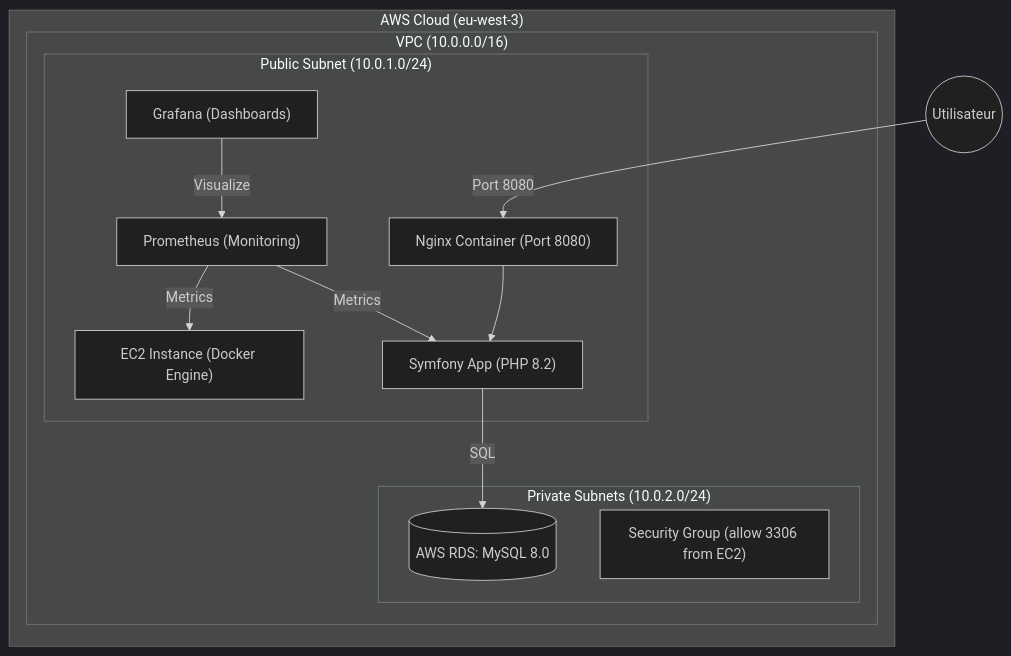
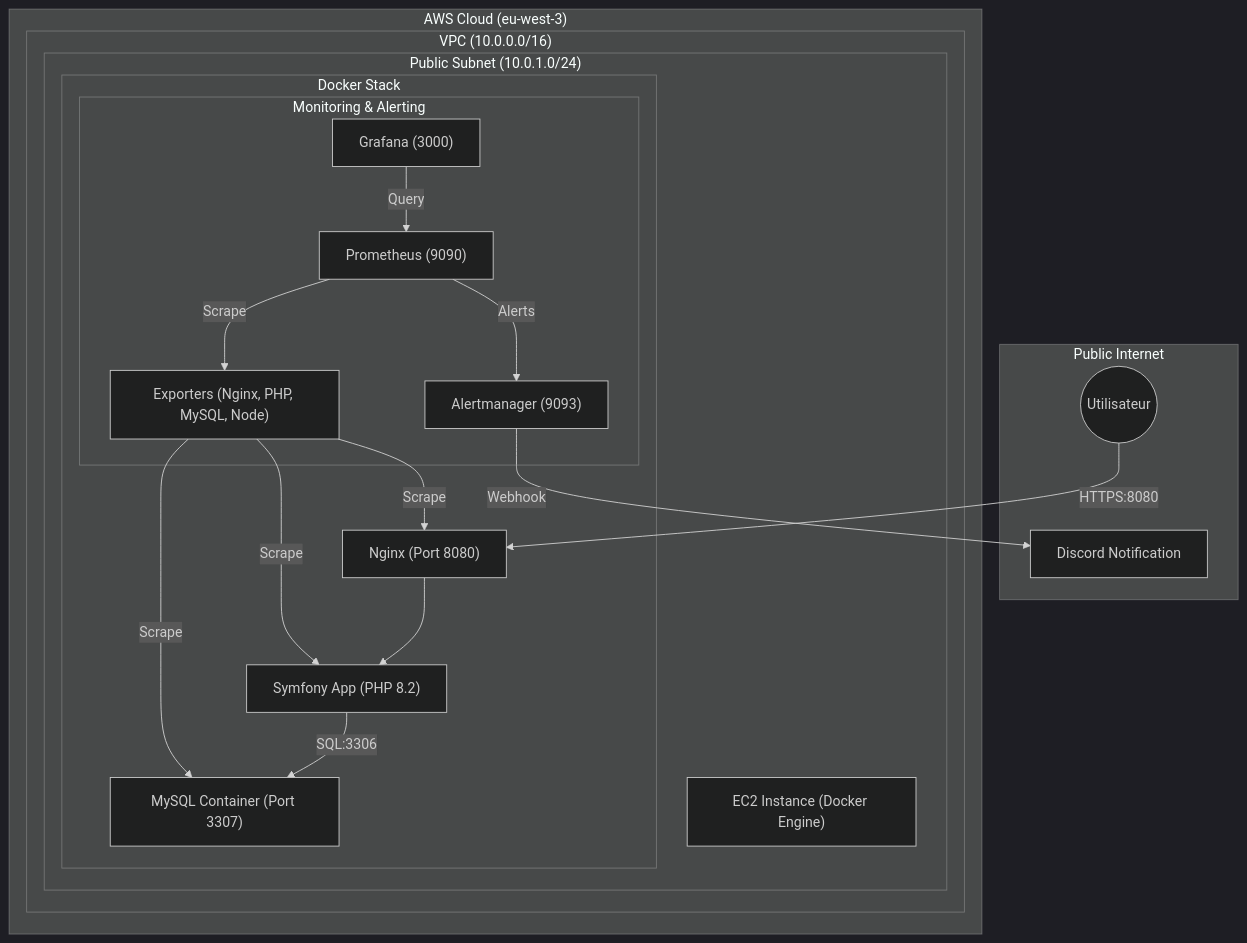
The first of 2 diagrams in docs/architecture_schema.md (ArmSal/les-saveurs-du-jardin), drawn with Mermaid (dark theme) before and after one commit. The commit also changed other lines of this file and 11 other files, not shown here.

Commit message:
feat: complete monitoring stack with alertmanager and kpi alerts, split dashboards and update cd pipeline

````diff
--- a/docs/architecture_schema.md
+++ b/docs/architecture_schema.md
@@ -6,26 +8,41 @@
 ```mermaid
 graph TD
+  subgraph "Public Internet"
+    User((Utilisateur))
+    Discord[Discord Notification]
+  end
+
   subgraph "AWS Cloud (eu-west-3)"
     subgraph "VPC (10.0.0.0/16)"
       subgraph "Public Subnet (10.0.1.0/24)"
         EC2["EC2 Instance (Docker Engine)"]
-        NGINX["Nginx Container (Port 8080)"]
-        APP["Symfony App (PHP 8.2)"]
-        PROM["Prometheus (Monitoring)"]
-        GRAF["Grafana (Dashboards)"]
-      end
-      
-      subgraph "Private Subnets (10.0.2.0/24)"
-        DB[(AWS RDS: MySQL 8.0)]
-        SG_RDS["Security Group (allow 3306 from EC2)"]
+        
+        subgraph "Docker Stack"
+          NGINX["Nginx (Port 8080)"]
+          APP["Symfony App (PHP 8.2)"]
+          DB_SVC["MySQL Container (Port 3307)"]
+          
+          subgraph "Monitoring & Alerting"
+            PROM["Prometheus (9090)"]
+            GRAF["Grafana (3000)"]
+            AM["Alertmanager (9093)"]
+            EXP["Exporters (Nginx, PHP, MySQL, Node)"]
+          end
+        end
       end
     end
   end
 
-  User((Utilisateur)) -->|Port 8080| NGINX
+  User -->|HTTPS:8080| NGINX
   NGINX --> APP
-  APP -->|SQL| DB
-  PROM -->|Metrics| APP
-  PROM -->|Metrics| EC2
-  GRAF -->|Visualize| PROM
+  APP -->|SQL:3306| DB_SVC
+  
+  EXP -->|Scrape| NGINX
+  EXP -->|Scrape| APP
+  EXP -->|Scrape| DB_SVC
+  PROM -->|Scrape| EXP
+  
+  GRAF -->|Query| PROM
+  PROM -->|Alerts| AM
+  AM -->|Webhook| Discord
 ```
````
